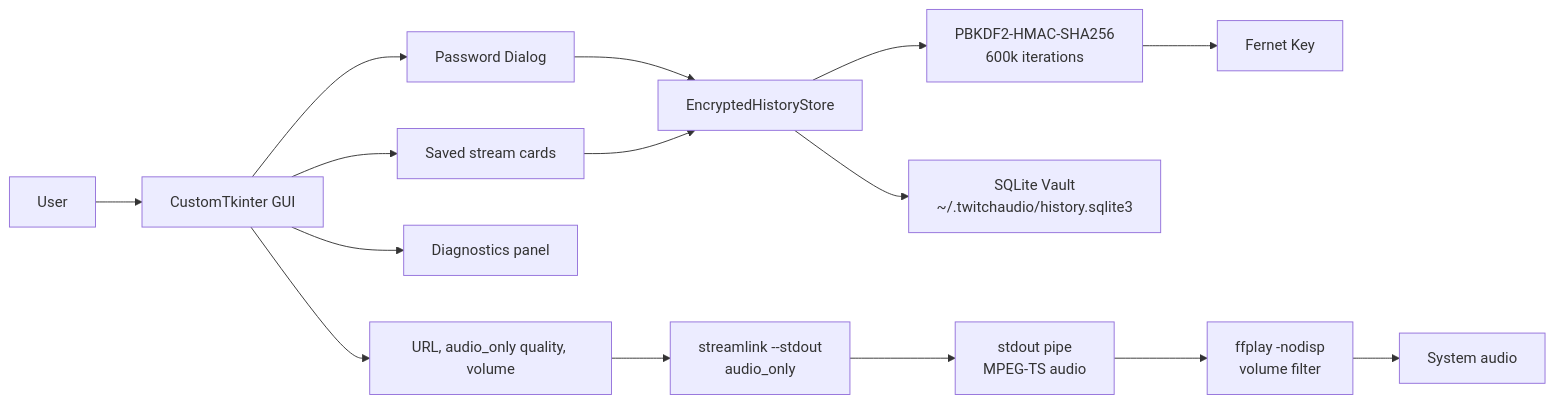
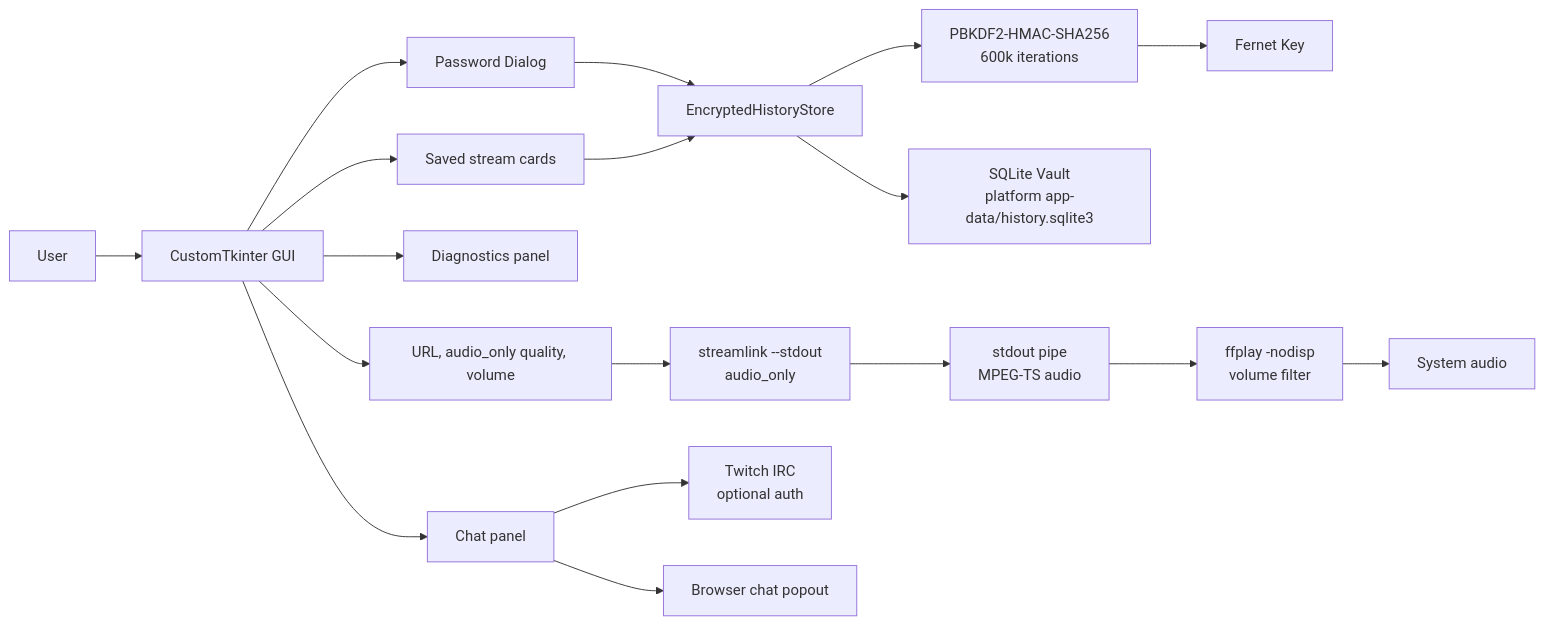
Before and after one commit to ornab74/twitchaudio: the first of 5 diagrams in README.md, drawn with Mermaid. The commit also changed other lines of this file and 6 other files, not shown here.

Commit message:
add twitch chat / pypi

````diff
--- a/README.md
+++ b/README.md
@@ -51,17 +55,20 @@
 ```mermaid
 flowchart LR
     User["User"] --> GUI["CustomTkinter GUI"]
     GUI --> PasswordDialog["Password Dialog"]
     PasswordDialog --> HistoryStore["EncryptedHistoryStore"]
     HistoryStore --> KDF["PBKDF2-HMAC-SHA256<br/>600k iterations"]
     KDF --> Fernet["Fernet Key"]
-    HistoryStore --> SQLite["SQLite Vault<br/>~/.twitchaudio/history.sqlite3"]
+    HistoryStore --> SQLite["SQLite Vault<br/>platform app-data/history.sqlite3"]
     GUI --> StreamControls["URL, audio_only quality, volume"]
     StreamControls --> Streamlink["streamlink --stdout<br/>audio_only"]
     Streamlink --> Pipe["stdout pipe<br/>MPEG-TS audio"]
     Pipe --> FFplay["ffplay -nodisp<br/>volume filter"]
     FFplay --> Speakers["System audio"]
     GUI --> Diagnostics["Diagnostics panel"]
+    GUI --> ChatPanel["Chat panel"]
+    ChatPanel --> TwitchIRC["Twitch IRC<br/>optional auth"]
+    ChatPanel --> BrowserChat["Browser chat popout"]
     GUI --> HistoryCards["Saved stream cards"]
     HistoryCards --> HistoryStore
 ```
````
